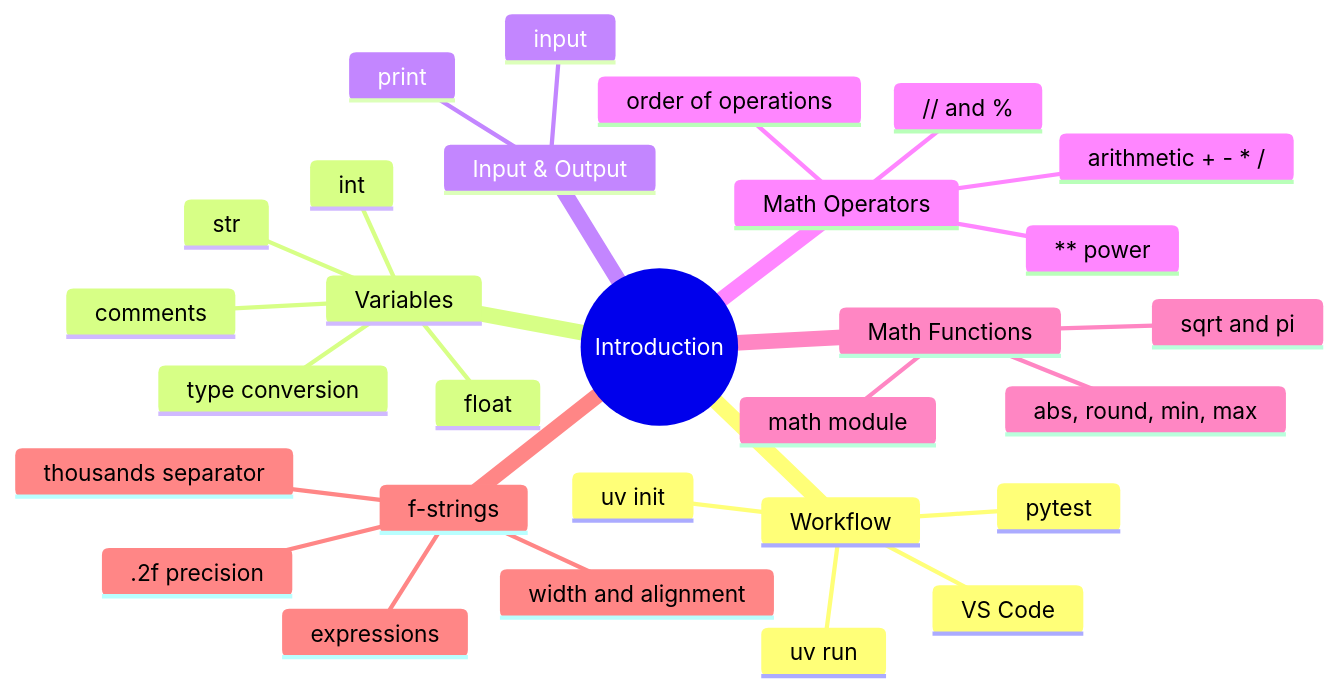
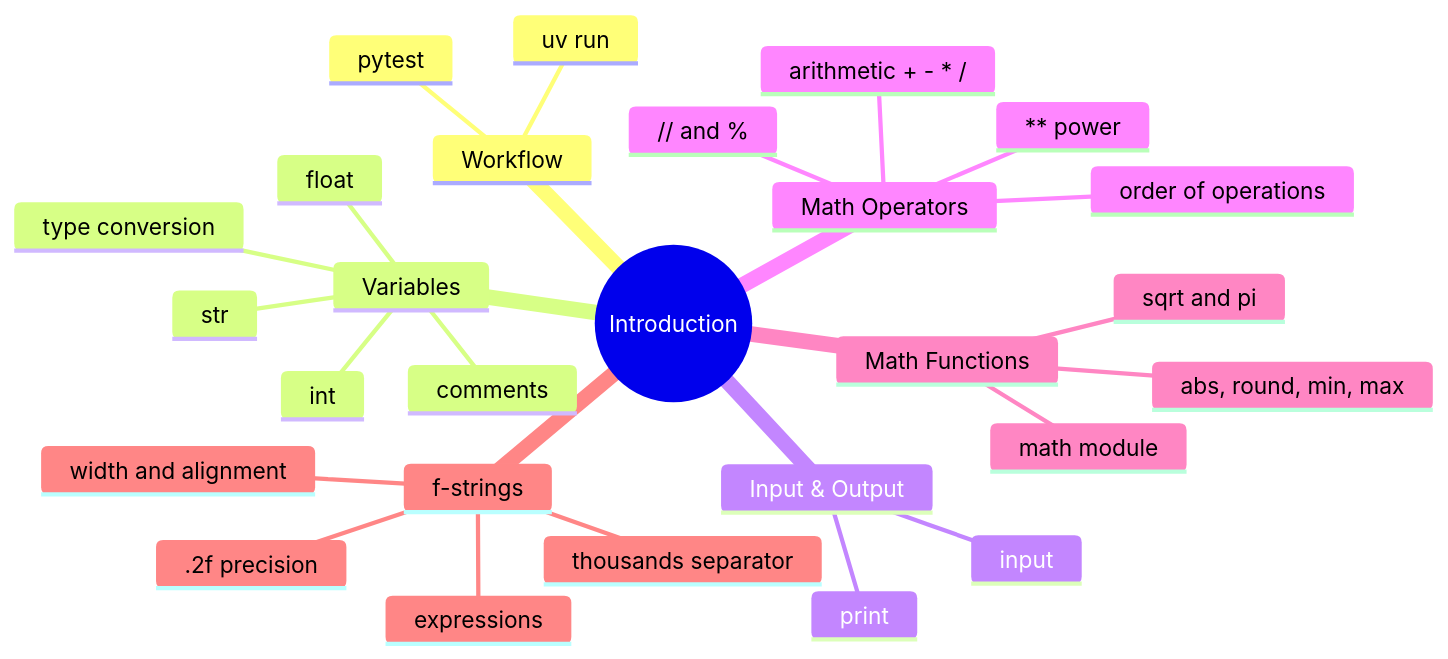
One commit to mAbduqayum/python-workbook changed the diagram in intro/_docs/_table_of_contents.md. Above: the diagram before and after it, drawn with Mermaid. The commit also changed other lines of this file and 90 other files, not shown here.

````diff
--- a/intro/_docs/_table_of_contents.md
+++ b/intro/_docs/_table_of_contents.md
@@ -3,32 +3,30 @@
 ```mermaid
 mindmap
     root((Introduction))
         Workflow
-            VS Code
-            uv init
             uv run
             pytest
         Variables
             str
             int
             float
             type conversion
             comments
         Input & Output
             input
             print
         Math Operators
             arithmetic + - * /
             // and %
             ** power
             order of operations
         Math Functions
             abs, round, min, max
             math module
             sqrt and pi
         f-strings
             .2f precision
             expressions
             width and alignment
             thousands separator
 ```
````
